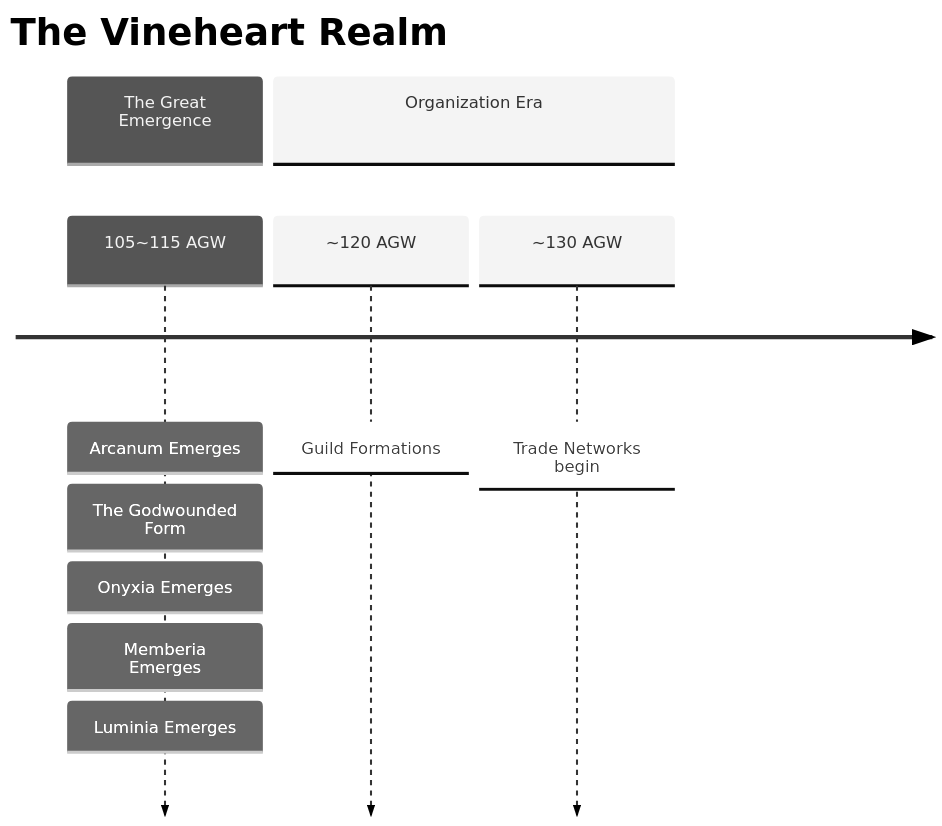
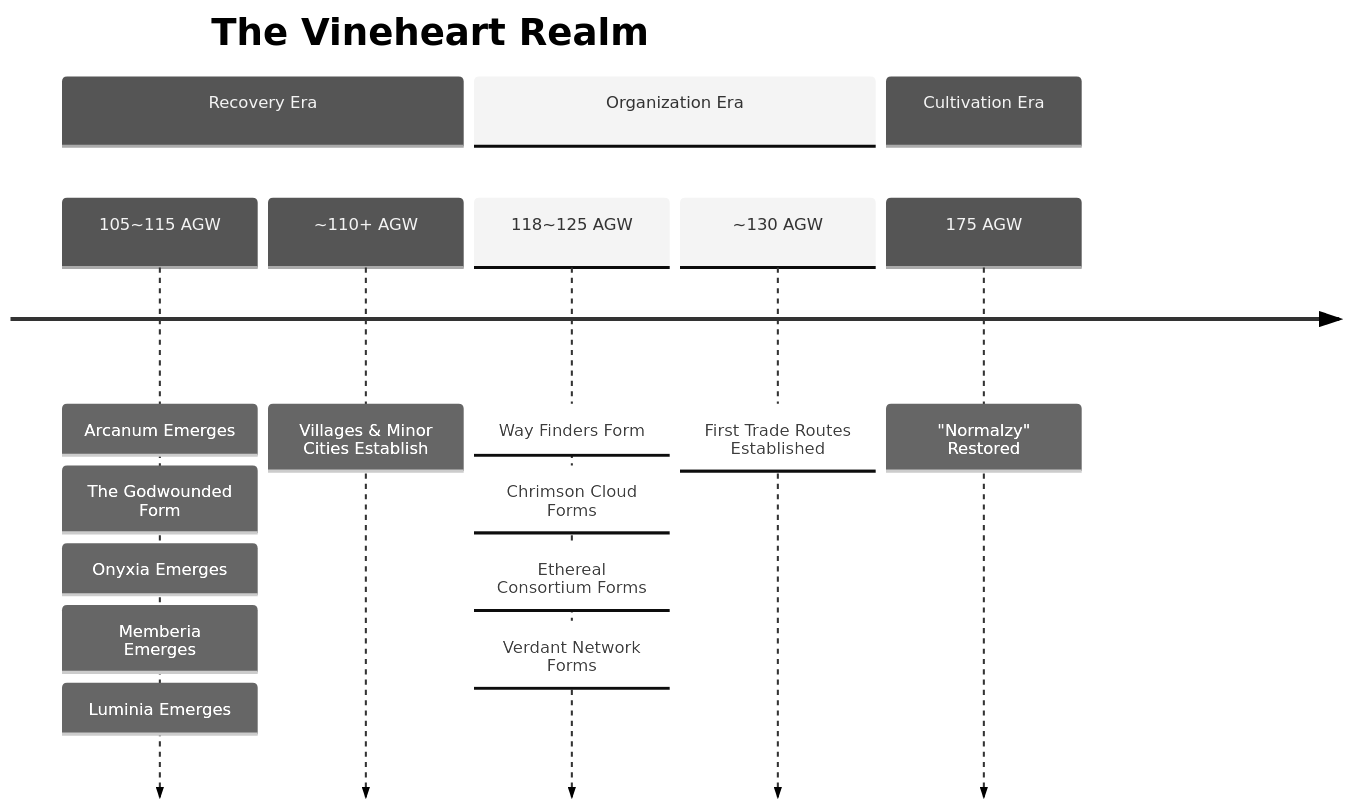
Before and after one commit to KrakenIsHere/The-Vineheart-Realm: the second of 3 diagrams in 0. World/The Timelines.md, drawn with Mermaid.

Commit message:
Update timeline structure and event details
Renamed 'The Great Emergence' to 'Recovery Era', added village and city establishment event, expanded 'Organization Era' with specific group formations, clarified trade route establishment, and introduced 'Cultivation Era' with restoration milestone.

````diff
--- a/0. World/The Timelines.md
+++ b/0. World/The Timelines.md
@@ -19,10 +19,13 @@
 ```mermaid
 %%{init: {'theme':'neutral'}}%%
 timeline
     title The Vineheart Realm
-	section The Great Emergence
-		105~115 AGW     : Arcanum Emerges : The Godwounded Form : Onyxia Emerges : Memberia Emerges : Luminia Emerges
+	section Recovery Era
+		105~115 AGW : Arcanum Emerges : The Godwounded Form : Onyxia Emerges : Memberia Emerges : Luminia Emerges
+		~110+ AGW   : Villages & Minor Cities Establish
 	section Organization Era
-        ~120 AGW : Guild Formations
-        ~130 AGW : Trade Networks begin
+		118~125 AGW : Way Finders Form : Chrimson Cloud Forms : Ethereal Consortium Forms : Verdant Network Forms
+		~130 AGW    : First Trade Routes Established
+	section Cultivation Era
+		 175 AGW : "Normalzy" Restored
 ```
````
